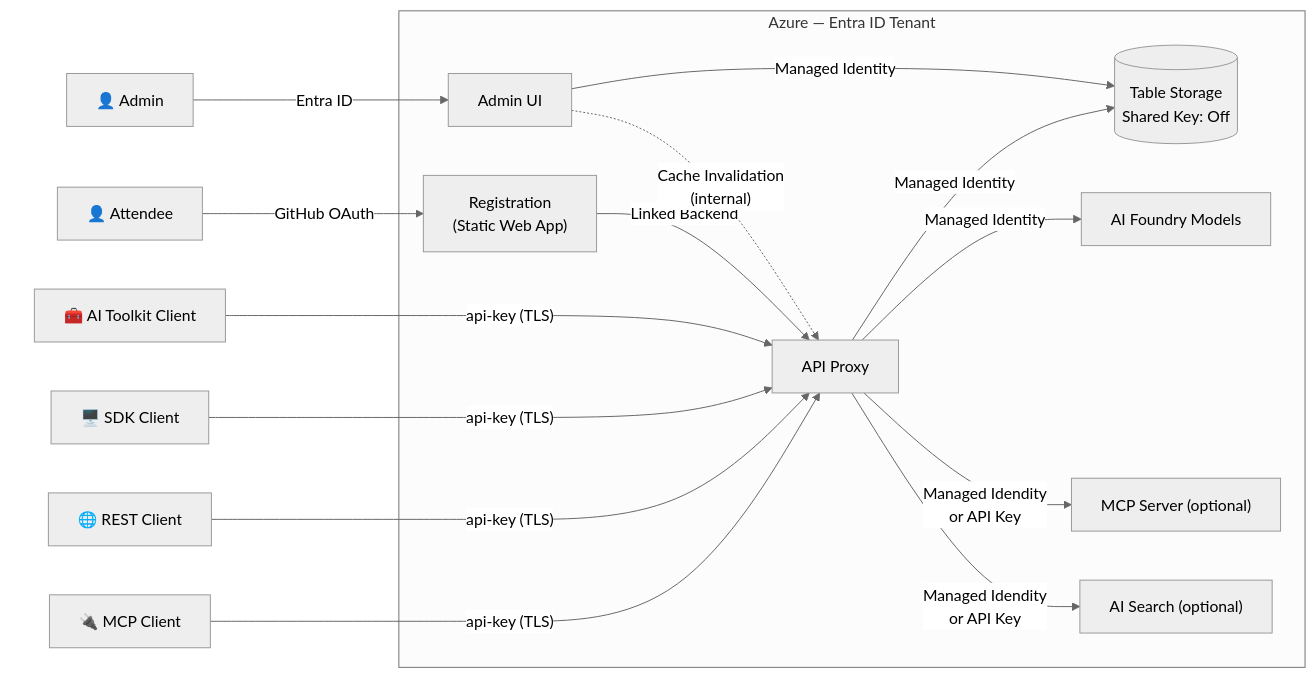
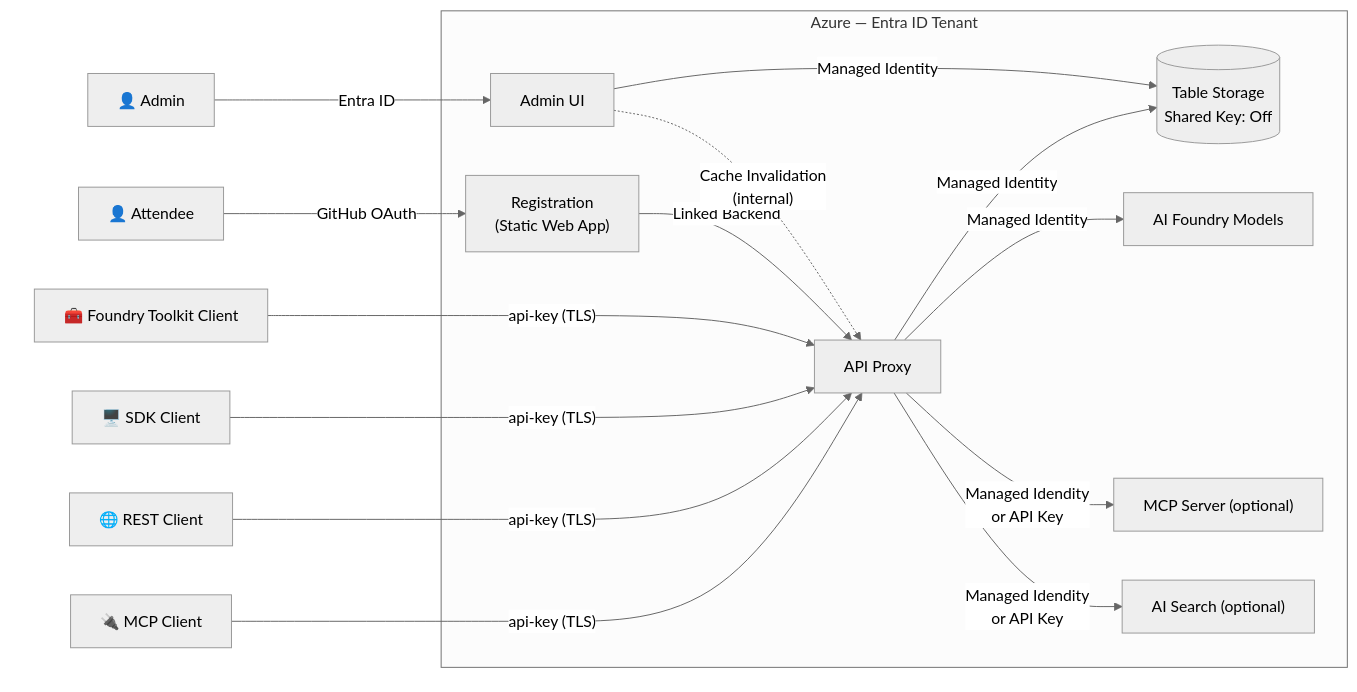
One commit to gloveboxes/azure-ai-proxy-lite changed the first of 5 diagrams in docs/docs/security_architecture.md. Above: the diagram before and after it, drawn with Mermaid (neutral theme). The commit also changed 25 other files, not shown here.

Commit message:
Refactor documentation and code to replace "AI Toolkit" with "Foundry Toolkit" across all references, including updates to related classes, endpoints, and validation attributes.

````diff
--- a/docs/docs/security_architecture.md
+++ b/docs/docs/security_architecture.md
@@ -7,38 +7,38 @@
 ```mermaid
 graph LR
     subgraph Users[" "]
         admin_user["👤 Admin"]
         attendee["👤 Attendee"]
-        ai_toolkit["🧰 AI Toolkit Client"]
+        foundry_toolkit["🧰 Foundry Toolkit Client"]
         sdk["🖥️ SDK Client"]
         rest["🌐 REST Client"]
         mcp_client["🔌 MCP Client"]
     end
 
     admin_user -->|"Entra ID"| admin
-    ai_toolkit -->|"api-key (TLS)"| proxy
+    foundry_toolkit -->|"api-key (TLS)"| proxy
     sdk -->|"api-key (TLS)"| proxy
     rest -->|"api-key (TLS)"| proxy
     mcp_client -->|"api-key (TLS)"| proxy
     attendee -->|"GitHub OAuth"| reg
 
     subgraph Azure["Azure — Entra ID Tenant"]
         admin["Admin UI"]
         proxy["API Proxy"]
         reg["Registration<br/>(Static Web App)"]
         storage[("Table Storage<br/>Shared Key: Off")]
         ai["AI Foundry Models"]
         mcp["MCP Server (optional)"]
         ais["AI Search (optional)"]
     end
 
     reg -->|"Linked Backend"| proxy
     proxy -->|"Managed Identity"| storage
     proxy -->|"Managed Identity"| ai
     proxy -->|"Managed Idendity<br>or API Key"| mcp
     proxy -->|"Managed Idendity<br>or API Key"| ais
     admin -->|"Managed Identity"| storage
     admin -.->|"Cache Invalidation<br/>(internal)"| proxy
 
     style Users fill:none,stroke:none
 ```
````
